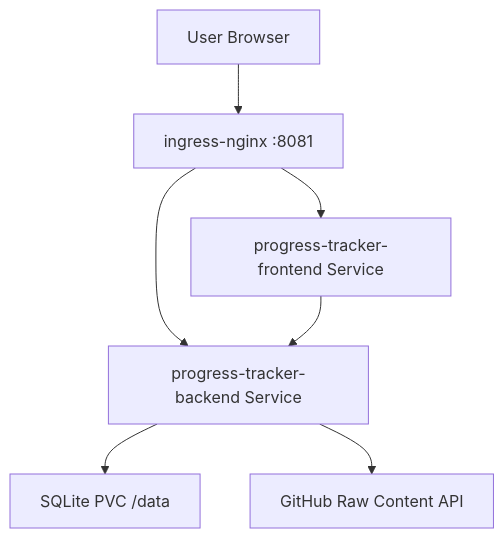
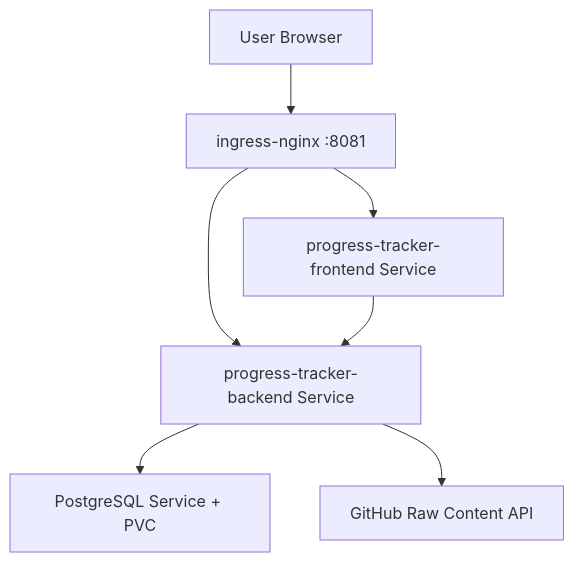
The diagram in docs/architecture/deployment-diagram.md (mahamahseb/Progress_project), drawn with Mermaid before and after one commit. The commit also changed 37 other files, not shown here.

Commit message:
Add PostgreSQL runtime and branch deploy

````diff
--- a/docs/architecture/deployment-diagram.md
+++ b/docs/architecture/deployment-diagram.md
@@ -3,9 +3,9 @@
 ```mermaid
 flowchart TB
     Browser["User Browser"] --> Ingress["ingress-nginx :8081"]
     Ingress --> Web["progress-tracker-frontend Service"]
     Ingress --> API["progress-tracker-backend Service"]
     Web --> API
-    API --> DB["SQLite PVC /data"]
+    API --> DB["PostgreSQL Service + PVC"]
     API --> GitHub["GitHub Raw Content API"]
 ```
````
